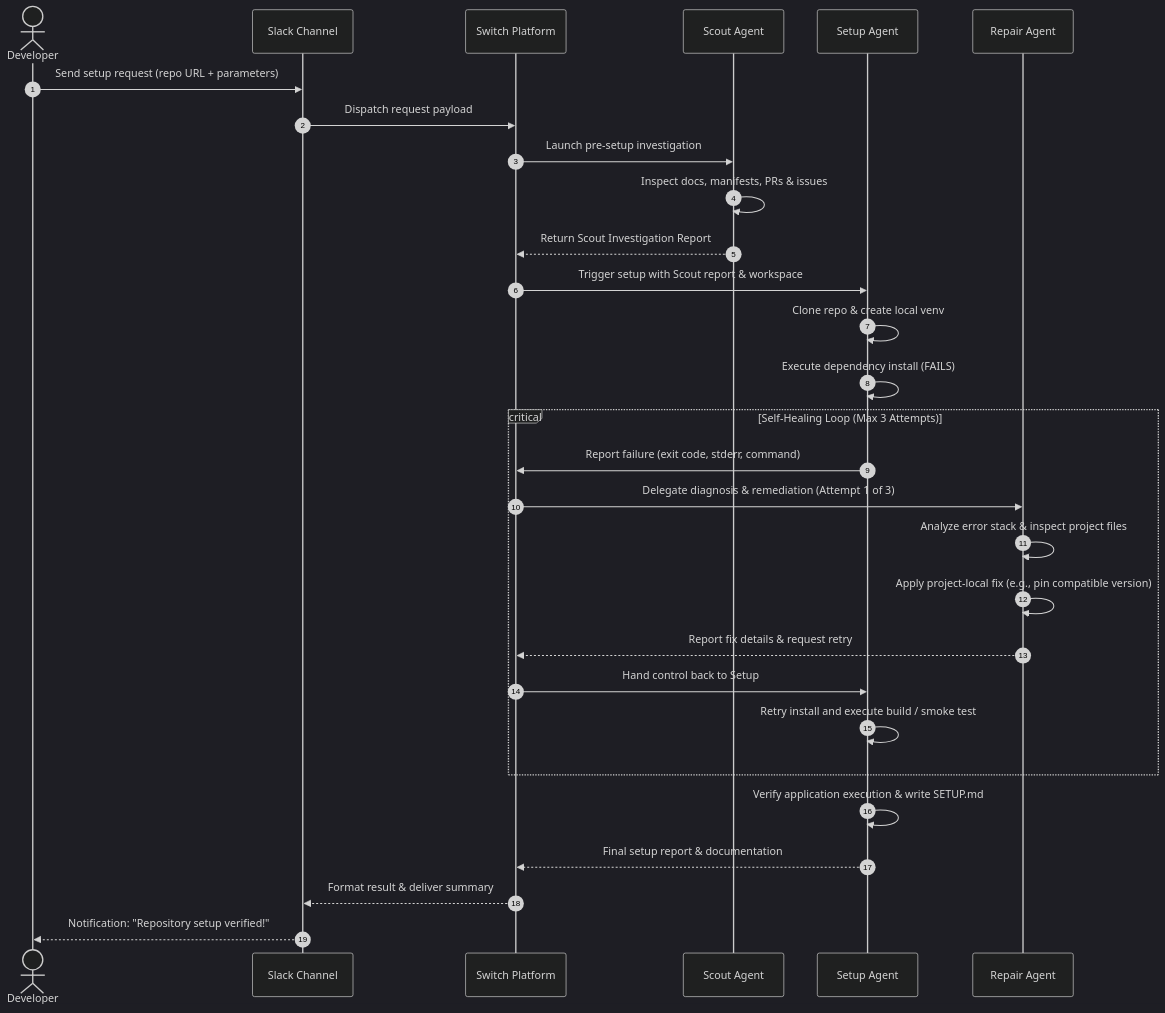
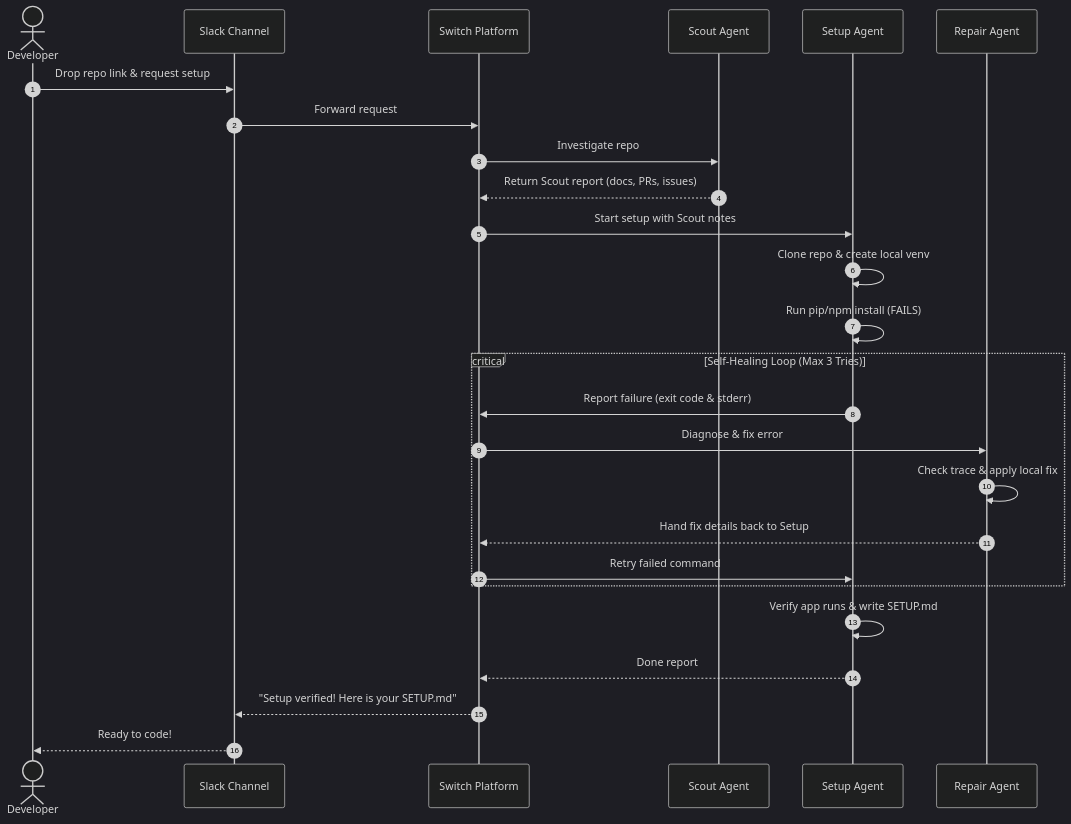
One commit to ravindhar1108/switch-setup-desk changed the second of 2 diagrams in workflows/self-healing-workflow.md. Above: the diagram before and after it, drawn with Mermaid (dark theme). The commit also changed other lines of this file and 21 other files, not shown here.

Commit message:
refactor: humanize documentation, remove corporate AI slop, simplify to concise developer language

````diff
--- a/workflows/self-healing-workflow.md
+++ b/workflows/self-healing-workflow.md
@@ -48,35 +39,32 @@
 ```mermaid
 sequenceDiagram
     autonumber
-    actor User as Developer
+    actor Dev as Developer
     participant Slack as Slack Channel
     participant Switch as Switch Platform
     participant Scout as Scout Agent
     participant Setup as Setup Agent
     participant Repair as Repair Agent
 
-    User->>Slack: Send setup request (repo URL + parameters)
-    Slack->>Switch: Dispatch request payload
-    Switch->>Scout: Launch pre-setup investigation
-    Scout->>Scout: Inspect docs, manifests, PRs & issues
-    Scout-->>Switch: Return Scout Investigation Report
+    Dev->>Slack: Drop repo link & request setup
+    Slack->>Switch: Forward request
+    Switch->>Scout: Investigate repo
+    Scout-->>Switch: Return Scout report (docs, PRs, issues)
     
-    Switch->>Setup: Trigger setup with Scout report & workspace
+    Switch->>Setup: Start setup with Scout notes
     Setup->>Setup: Clone repo & create local venv
-    Setup->>Setup: Execute dependency install (FAILS)
+    Setup->>Setup: Run pip/npm install (FAILS)
     
-    critical Self-Healing Loop (Max 3 Attempts)
-        Setup->>Switch: Report failure (exit code, stderr, command)
-        Switch->>Repair: Delegate diagnosis & remediation (Attempt 1 of 3)
-        Repair->>Repair: Analyze error stack & inspect project files
-        Repair->>Repair: Apply project-local fix (e.g., pin compatible version)
-        Repair-->>Switch: Report fix details & request retry
-        Switch->>Setup: Hand control back to Setup
-        Setup->>Setup: Retry install and execute build / smoke test
+    critical Self-Healing Loop (Max 3 Tries)
+        Setup->>Switch: Report failure (exit code & stderr)
+        Switch->>Repair: Diagnose & fix error
+        Repair->>Repair: Check trace & apply local fix
+        Repair-->>Switch: Hand fix details back to Setup
+        Switch->>Setup: Retry failed command
     end
 
-    Setup->>Setup: Verify application execution & write SETUP.md
-    Setup-->>Switch: Final setup report & documentation
-    Switch-->>Slack: Format result & deliver summary
-    Slack-->>User: Notification: "Repository setup verified!"
+    Setup->>Setup: Verify app runs & write SETUP.md
+    Setup-->>Switch: Done report
+    Switch-->>Slack: "Setup verified! Here is your SETUP.md"
+    Slack-->>Dev: Ready to code!
 ```
````
